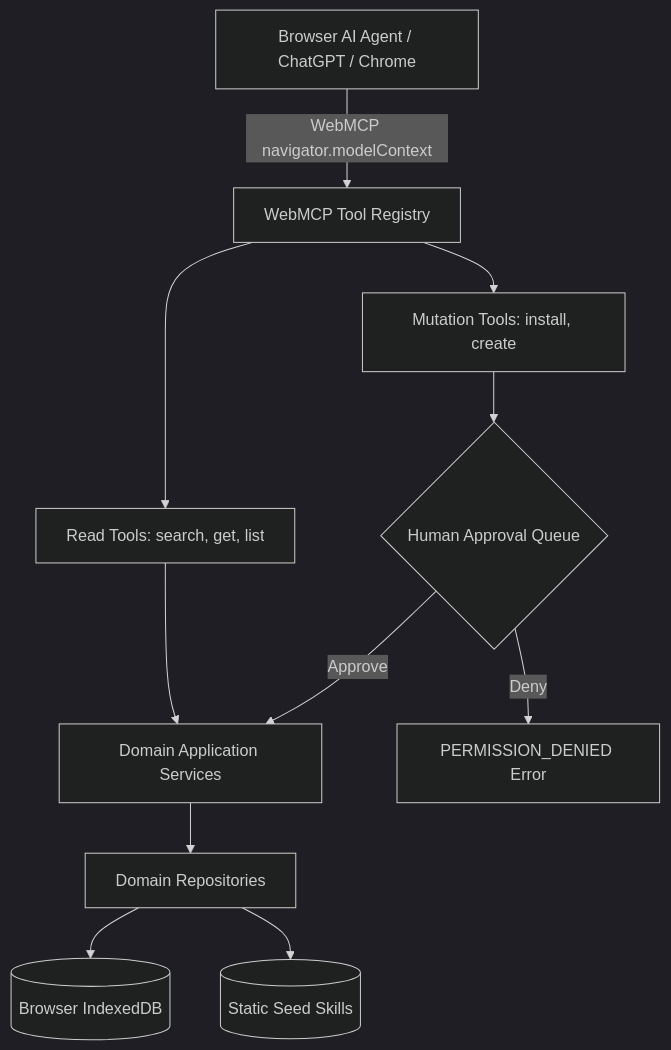
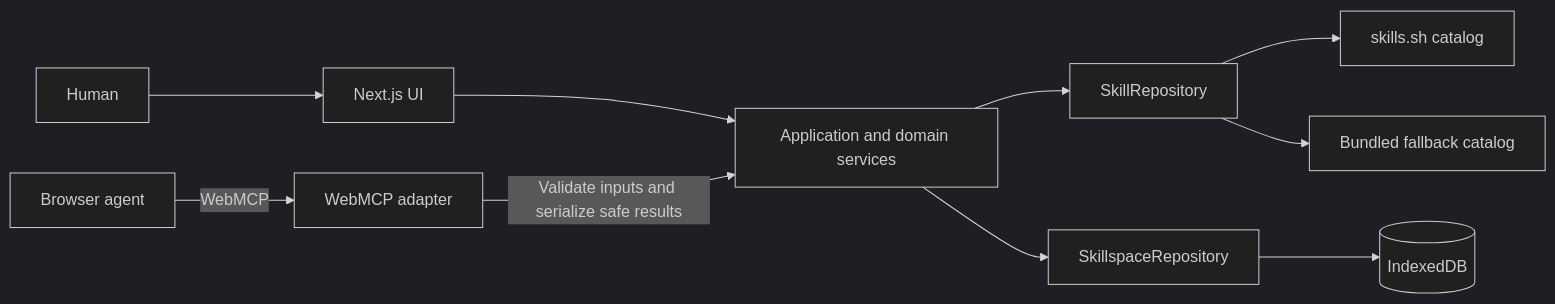
One commit to amit-ksh/skill-browser changed the diagram in README.md. Above: the diagram before and after it, drawn with Mermaid (dark theme). The commit also changed other lines of this file and 16 other files, not shown here.

Commit message:
feat(registry): add live skills.sh catalog

````diff
--- a/README.md
+++ b/README.md
@@ -55,15 +59,15 @@
 ```mermaid
-graph TD
-    BrowserAgent[Browser AI Agent / ChatGPT / Chrome] -->|WebMCP navigator.modelContext| Registry[WebMCP Tool Registry]
-    Registry --> ReadTools[Read Tools: search, get, list]
-    Registry --> MutationTools[Mutation Tools: install, create]
-    
-    MutationTools --> ApprovalGate{Human Approval Queue}
-    ApprovalGate -->|Approve| AppServices[Domain Application Services]
-    ApprovalGate -->|Deny| ErrorResp[PERMISSION_DENIED Error]
-    
-    ReadTools --> AppServices
-    AppServices --> DomainRepos[Domain Repositories]
-    DomainRepos --> IndexedDB[(Browser IndexedDB)]
-    DomainRepos --> StaticDB[(Static Seed Skills)]
+flowchart LR
+    Human[Human] --> UI[Next.js UI]
+    Agent[Browser agent] -->|WebMCP| Adapter[WebMCP adapter]
+
+    UI --> Services[Application and domain services]
+    Adapter -->|Validate inputs and serialize safe results| Services
+
+    Services --> Registry[SkillRepository]
+    Services --> Skillspace[SkillspaceRepository]
+
+    Registry --> Live[skills.sh catalog]
+    Registry --> Seed[Bundled fallback catalog]
+    Skillspace --> IndexedDB[(IndexedDB)]
 ```
````
